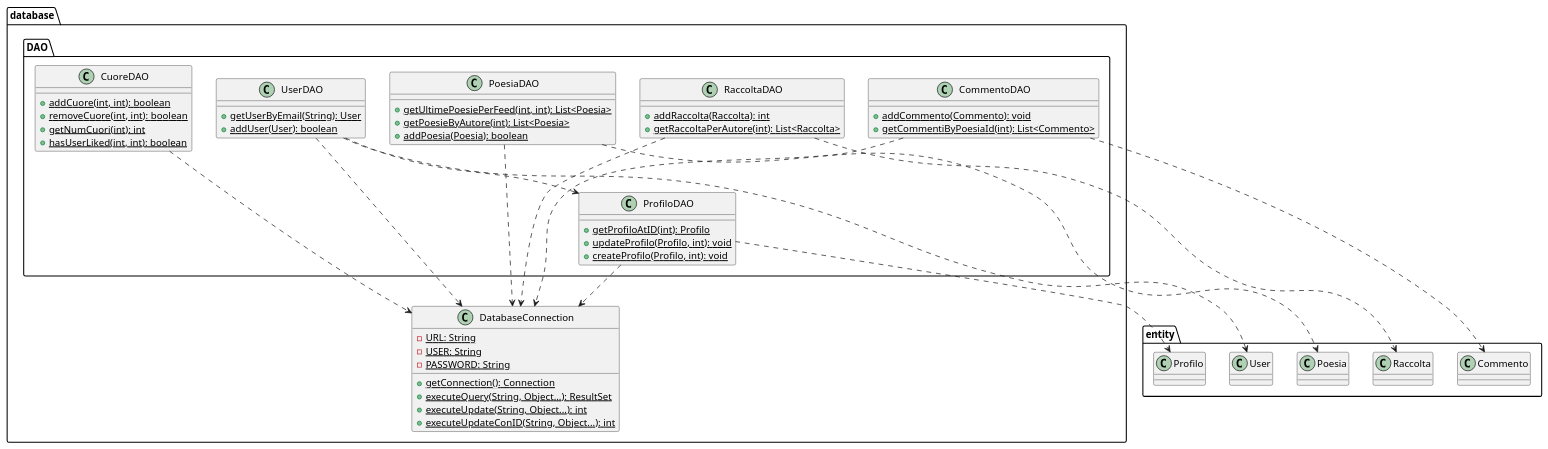
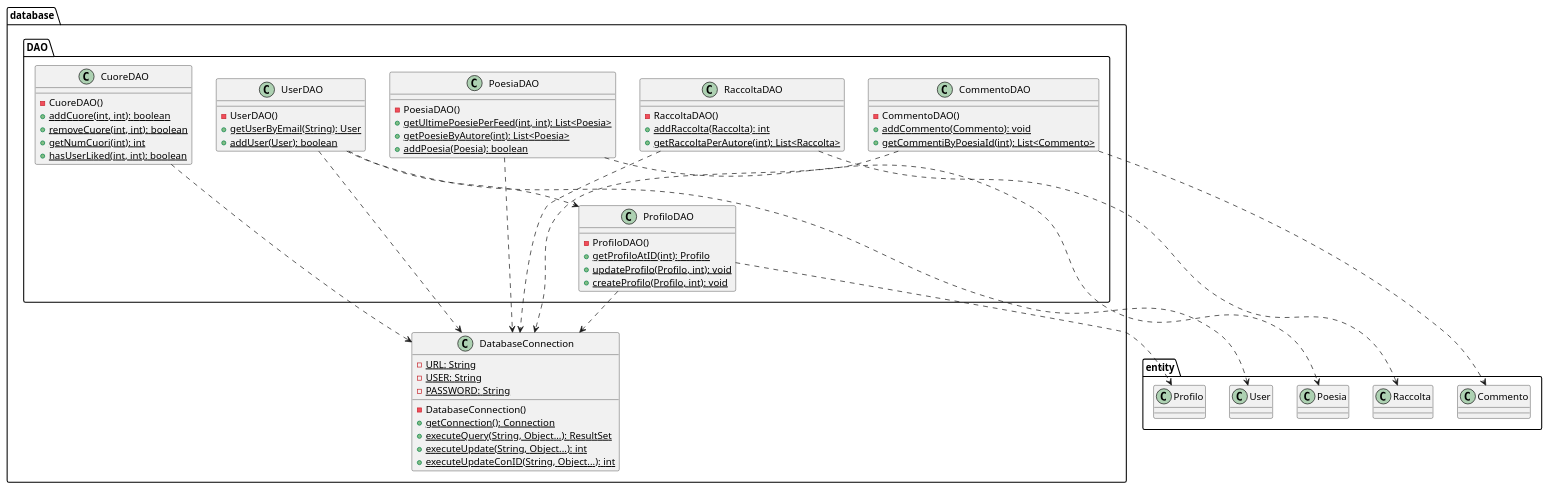
The diagram in ProgettoJava/PoesieBrevi/diagrammiUML/packageDatabase.puml (mcipo/PoesieBrevi), drawn with PlantUML before and after one commit. The commit also changed 1 other file, not shown here.

Commit message:
Diagrammi aggiustati

```diff
--- a/ProgettoJava/PoesieBrevi/diagrammiUML/packageDatabase.puml
+++ b/ProgettoJava/PoesieBrevi/diagrammiUML/packageDatabase.puml
@@ -1,72 +1,79 @@
 @startuml
 package database {
   class DatabaseConnection {
     - {static} URL: String
     - {static} USER: String
     - {static} PASSWORD: String
+    - DatabaseConnection()
     + {static} getConnection(): Connection
     + {static} executeQuery(String, Object...): ResultSet
     + {static} executeUpdate(String, Object...): int
     + {static} executeUpdateConID(String, Object...): int
   }
 
   package DAO {
     class UserDAO {
+      - UserDAO()
       + {static} getUserByEmail(String): User
       + {static} addUser(User): boolean
     }
 
     class PoesiaDAO {
+      - PoesiaDAO()
       + {static} getUltimePoesiePerFeed(int, int): List<Poesia>
       + {static} getPoesieByAutore(int): List<Poesia>
       + {static} addPoesia(Poesia): boolean
     }
 
     class ProfiloDAO {
+      - ProfiloDAO()
       + {static} getProfiloAtID(int): Profilo
       + {static} updateProfilo(Profilo, int): void
       + {static} createProfilo(Profilo, int): void
     }
 
     class RaccoltaDAO {
+      - RaccoltaDAO()
       + {static} addRaccolta(Raccolta): int
       + {static} getRaccoltaPerAutore(int): List<Raccolta>
     }
 
     class CuoreDAO {
+      - CuoreDAO()
       + {static} addCuore(int, int): boolean
       + {static} removeCuore(int, int): boolean
       + {static} getNumCuori(int): int
       + {static} hasUserLiked(int, int): boolean
     }
 
     class CommentoDAO {
+      - CommentoDAO()
       + {static} addCommento(Commento): void
       + {static} getCommentiByPoesiaId(int): List<Commento>
     }
   }
 
   UserDAO ..> DatabaseConnection
   PoesiaDAO ..> DatabaseConnection
   ProfiloDAO ..> DatabaseConnection
   RaccoltaDAO ..> DatabaseConnection
   CuoreDAO ..> DatabaseConnection
   CommentoDAO ..> DatabaseConnection
 }
 
 package entity {
   class User {}
   class Poesia {}
   class Profilo {}
   class Raccolta {}
   class Commento {}
 }
 
 UserDAO ..> entity.User
 UserDAO ..> ProfiloDAO
 PoesiaDAO ..> entity.Poesia
 ProfiloDAO ..> entity.Profilo
 RaccoltaDAO ..> entity.Raccolta
 CommentoDAO ..> entity.Commento
 
 @enduml
```
